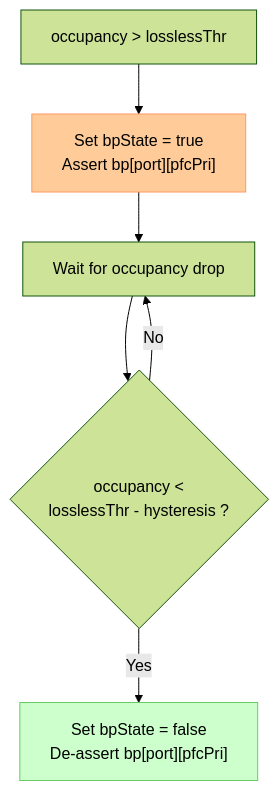
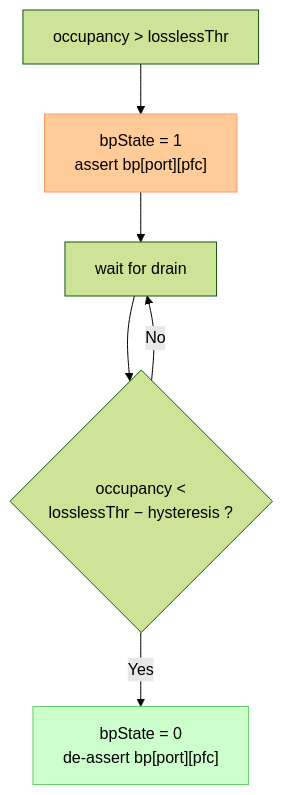
One commit to RuyeeAI/HardwareDesign changed the fourth of 6 diagrams in docs/OSA.md. Above: the diagram before and after it, drawn with Mermaid (forest theme). The commit also changed other lines of this file and 21 other files, not shown here.

````diff
--- a/docs/OSA.md
+++ b/docs/OSA.md
@@ -860,11 +1023,11 @@
 ```mermaid
 flowchart TD
-    OccHigh["occupancy > losslessThr"] --> BpOn["Set bpState = true<br/>Assert bp[port][pfcPri]"]
-    BpOn --> WaitLow["Wait for occupancy drop"]
-    WaitLow --> ChkHyst{"occupancy < <br/>losslessThr - hysteresis ?"}
-    ChkHyst -->|"No"| WaitLow
-    ChkHyst -->|"Yes"| BpOff["Set bpState = false<br/>De-assert bp[port][pfcPri]"]
+    OccHigh["occupancy > losslessThr"] --> BpOn["bpState = 1<br/>assert bp[port][pfc]"]
+    BpOn --> Wait["wait for drain"]
+    Wait --> Hyst{"occupancy < <br/>losslessThr − hysteresis ?"}
+    Hyst -->|"No"| Wait
+    Hyst -->|"Yes"| BpOff["bpState = 0<br/>de-assert bp[port][pfc]"]
 
     style BpOn fill:#fc9,stroke:#f96
     style BpOff fill:#cfc,stroke:#6c6
 ```
````
